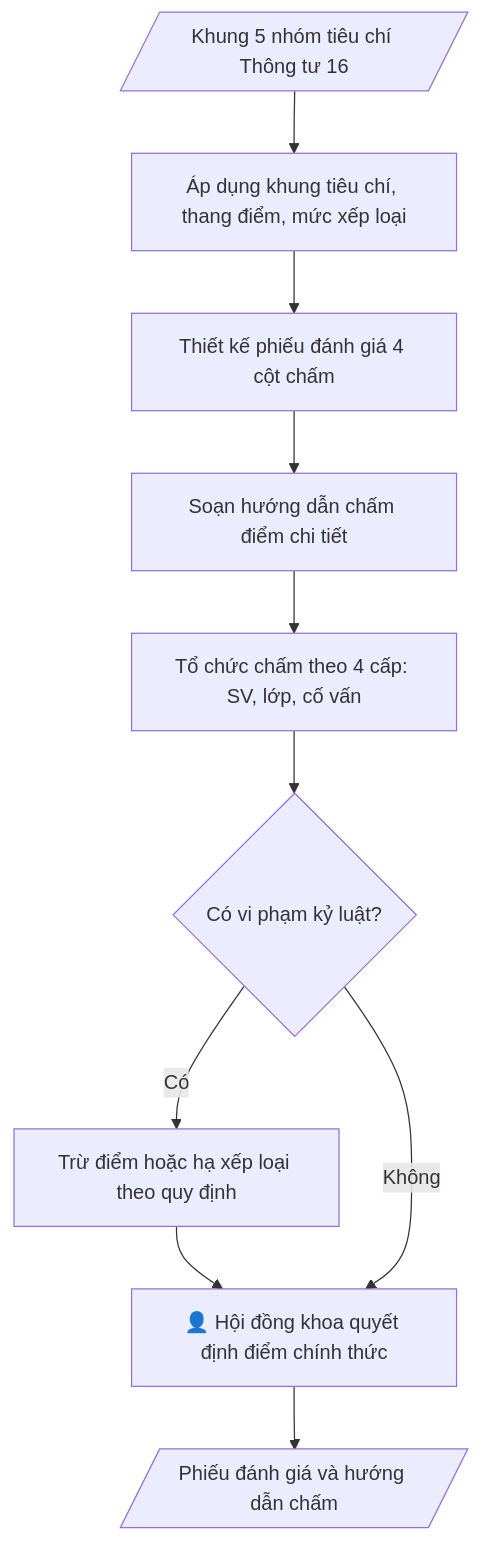
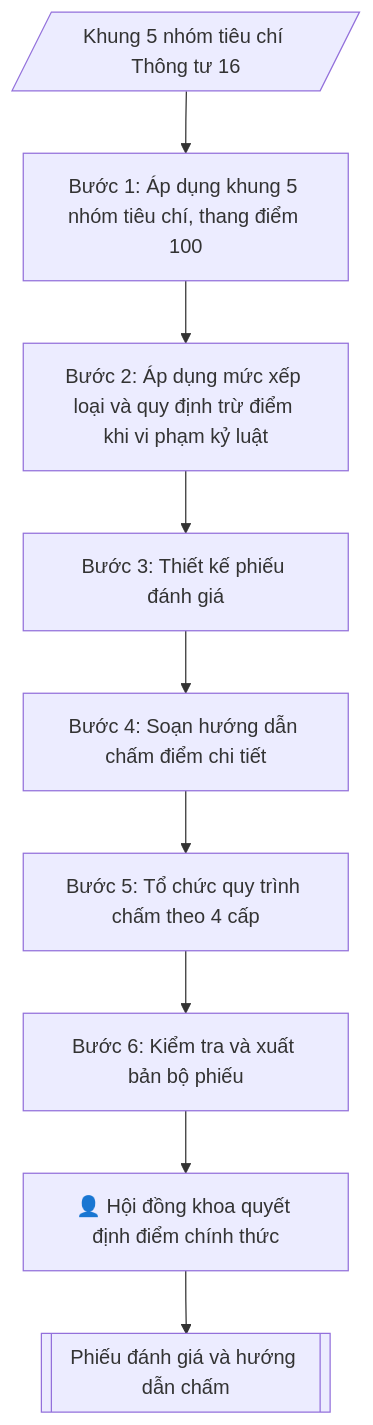
The diagram in skills/phieu-danh-gia-ren-luyen/SKILL.md (phamtruong91/dh-skills), drawn with Mermaid before and after one commit. The commit also changed 124 other files, not shown here.

First line of the commit message:
Khôi phục quy trình đầy đủ cho 58 skill bị rút gọn (nghiệp vụ gốc + ràng buộc pháp lý từ phap-ly.md)

````diff
--- a/skills/phieu-danh-gia-ren-luyen/SKILL.md
+++ b/skills/phieu-danh-gia-ren-luyen/SKILL.md
@@ -82,16 +82,11 @@
 ```mermaid
 flowchart TD
-    IN[/"Khung 5 nhóm tiêu chí Thông tư 16"/]
-    A["Áp dụng khung tiêu chí, thang điểm, mức xếp loại"]
-    B["Thiết kế phiếu đánh giá 4 cột chấm"]
-    C["Soạn hướng dẫn chấm điểm chi tiết"]
-    D["Tổ chức chấm theo 4 cấp: SV, lớp, cố vấn"]
-    E{"Có vi phạm kỷ luật?"}
-    F["Trừ điểm hoặc hạ xếp loại theo quy định"]
-    G["👤 Hội đồng khoa quyết định điểm chính thức"]
-    OUT[/"Phiếu đánh giá và hướng dẫn chấm"/]
-    IN --> A --> B --> C --> D --> E
-    E -->|Có| F --> G
-    E -->|Không| G
-    G --> OUT
+    IN[/"Khung 5 nhóm tiêu chí Thông tư 16"/] --> B1["Bước 1: Áp dụng khung 5 nhóm tiêu chí, thang điểm 100"]
+    B1 --> B2["Bước 2: Áp dụng mức xếp loại và quy định trừ điểm khi vi phạm kỷ luật"]
+    B2 --> B3["Bước 3: Thiết kế phiếu đánh giá"]
+    B3 --> B4["Bước 4: Soạn hướng dẫn chấm điểm chi tiết"]
+    B4 --> B5["Bước 5: Tổ chức quy trình chấm theo 4 cấp"]
+    B5 --> B6["Bước 6: Kiểm tra và xuất bản bộ phiếu"]
+    B6 --> HG["👤 Hội đồng khoa quyết định điểm chính thức"]
+    HG --> OUT[["Phiếu đánh giá và hướng dẫn chấm"]]
 ```
````
